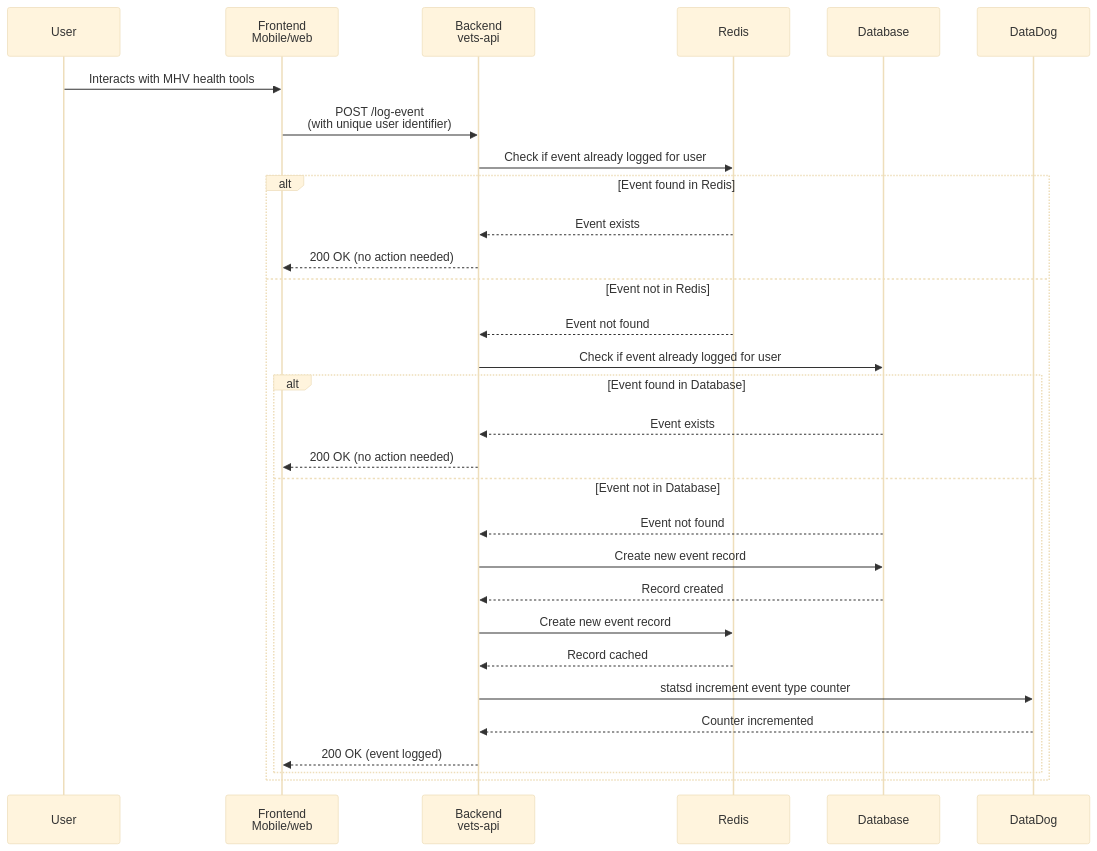
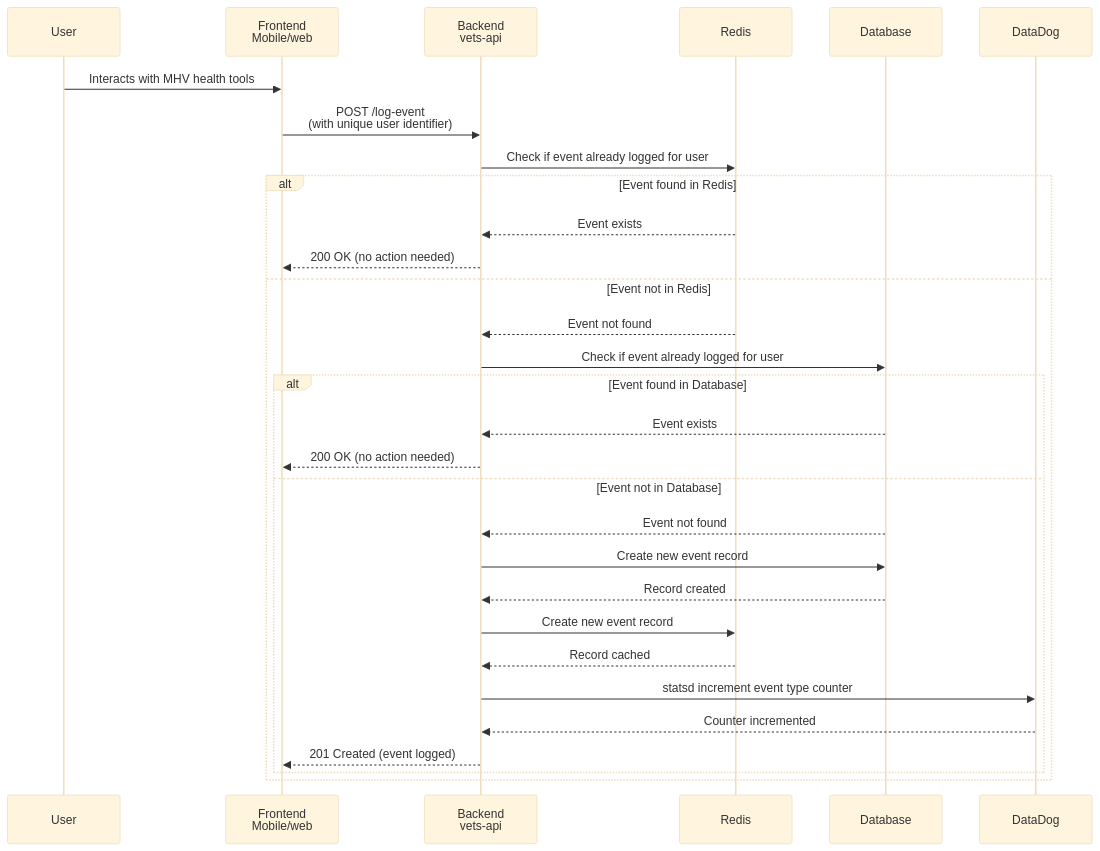
One commit to department-of-veterans-affairs/va.gov-team changed the first of 2 diagrams in products/health-care/patient-portal/mhv/2025-08-unique-user-metrics/design/README.md. Above: the diagram before and after it, drawn with Mermaid (base theme).

Commit message:
Updated sequence diagram

````diff
--- a/products/health-care/patient-portal/mhv/2025-08-unique-user-metrics/design/README.md
+++ b/products/health-care/patient-portal/mhv/2025-08-unique-user-metrics/design/README.md
@@ -13,34 +13,34 @@
 ```mermaid
 sequenceDiagram
     participant User
     participant Frontend as Frontend<br/>Mobile/web
     participant API as Backend<br/>vets-api
     participant Redis
     participant Database
     participant DataDog
 
     User->>Frontend: Interacts with MHV health tools
     Frontend->>API: POST /log-event<br/>(with unique user identifier)
     
     API->>Redis: Check if event already logged for user
     alt Event found in Redis
         Redis-->>API: Event exists
         API-->>Frontend: 200 OK (no action needed)
     else Event not in Redis
         Redis-->>API: Event not found
         API->>Database: Check if event already logged for user
         alt Event found in Database
             Database-->>API: Event exists
             API-->>Frontend: 200 OK (no action needed)
         else Event not in Database
             Database-->>API: Event not found
             API->>Database: Create new event record
             Database-->>API: Record created
             API->>Redis: Create new event record
             Redis-->>API: Record cached
             API->>DataDog: statsd increment event type counter
             DataDog-->>API: Counter incremented
-            API-->>Frontend: 200 OK (event logged)
+            API-->>Frontend: 201 Created (event logged)
         end
     end
 ```
````
